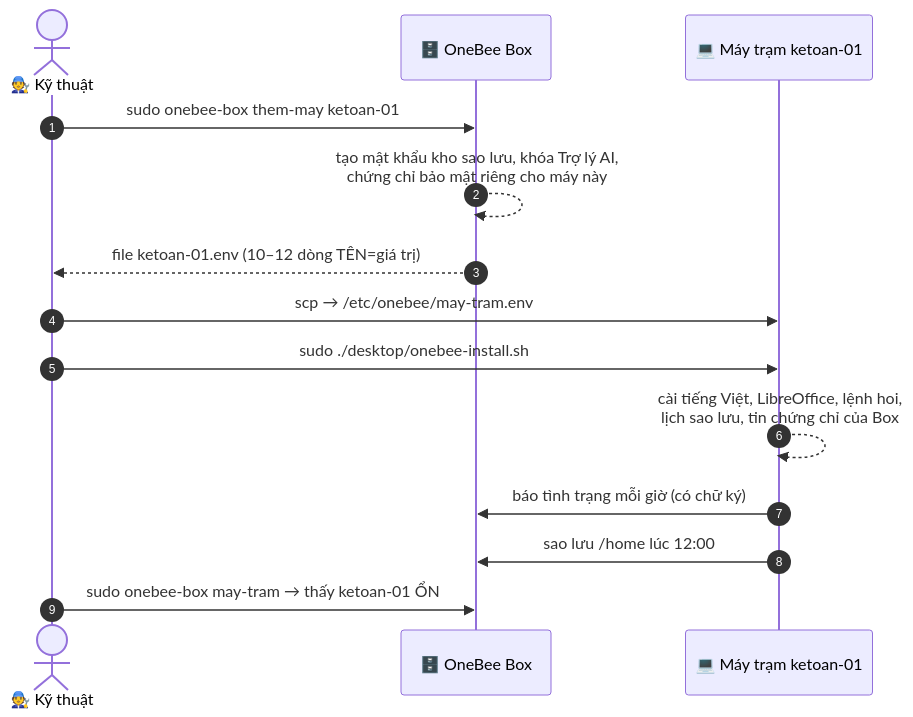
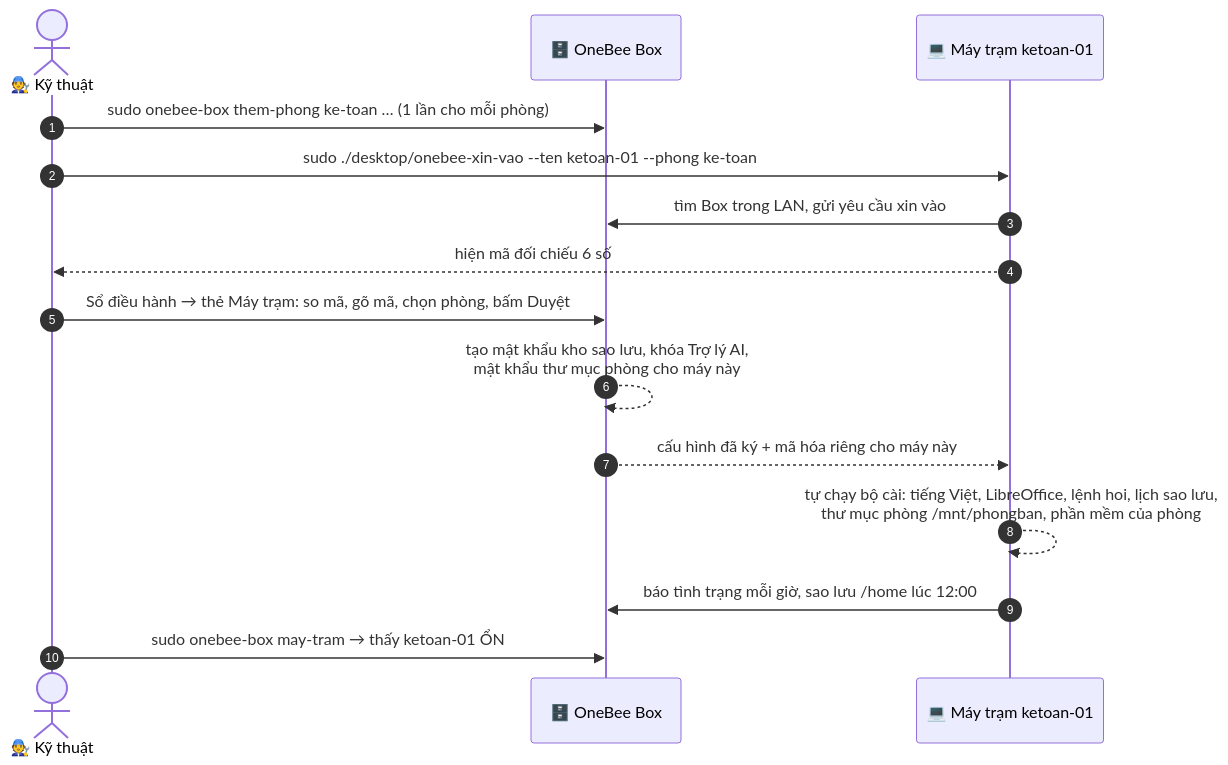
One commit to mthien07/da3-he-dieu-hanh-va-tu-dong-hoa-open-source changed the fourth of 4 diagrams in docs/huong-dan/huong-dan-cai-dat-tu-a-den-z.md. Above: the diagram before and after it, drawn with Mermaid. The commit also changed other lines of this file and 54 other files, not shown here.

First line of the commit message:
2.1.0: phòng ban, máy trạm xin vào duyệt trên web, sao lưu vào ổ Box (#56)

````diff
--- a/docs/huong-dan/huong-dan-cai-dat-tu-a-den-z.md
+++ b/docs/huong-dan/huong-dan-cai-dat-tu-a-den-z.md
@@ -308,16 +330,17 @@
 ```mermaid
 sequenceDiagram
     autonumber
     actor KT as 🧑‍🔧 Kỹ thuật
     participant OB as 🗄️ OneBee Box
     participant MT as 💻 Máy trạm ketoan-01
-    KT->>OB: sudo onebee-box them-may ketoan-01
-    OB-->>OB: tạo mật khẩu kho sao lưu, khóa Trợ lý AI,<br/>chứng chỉ bảo mật riêng cho máy này
-    OB-->>KT: file ketoan-01.env (10–12 dòng TÊN=giá trị)
-    KT->>MT: scp → /etc/onebee/may-tram.env
-    KT->>MT: sudo ./desktop/onebee-install.sh
-    MT-->>MT: cài tiếng Việt, LibreOffice, lệnh hoi,<br/>lịch sao lưu, tin chứng chỉ của Box
-    MT->>OB: báo tình trạng mỗi giờ (có chữ ký)
-    MT->>OB: sao lưu /home lúc 12:00
+    KT->>OB: sudo onebee-box them-phong ke-toan … (1 lần cho mỗi phòng)
+    KT->>MT: sudo ./desktop/onebee-xin-vao --ten ketoan-01 --phong ke-toan
+    MT->>OB: tìm Box trong LAN, gửi yêu cầu xin vào
+    MT-->>KT: hiện mã đối chiếu 6 số
+    KT->>OB: Sổ điều hành → thẻ Máy trạm: so mã, gõ mã, chọn phòng, bấm Duyệt
+    OB-->>OB: tạo mật khẩu kho sao lưu, khóa Trợ lý AI,<br/>mật khẩu thư mục phòng cho máy này
+    OB-->>MT: cấu hình đã ký + mã hóa riêng cho máy này
+    MT-->>MT: tự chạy bộ cài: tiếng Việt, LibreOffice, lệnh hoi, lịch sao lưu,<br/>thư mục phòng /mnt/phongban, phần mềm của phòng
+    MT->>OB: báo tình trạng mỗi giờ, sao lưu /home lúc 12:00
     KT->>OB: sudo onebee-box may-tram → thấy ketoan-01 ỔN
 ```
````
